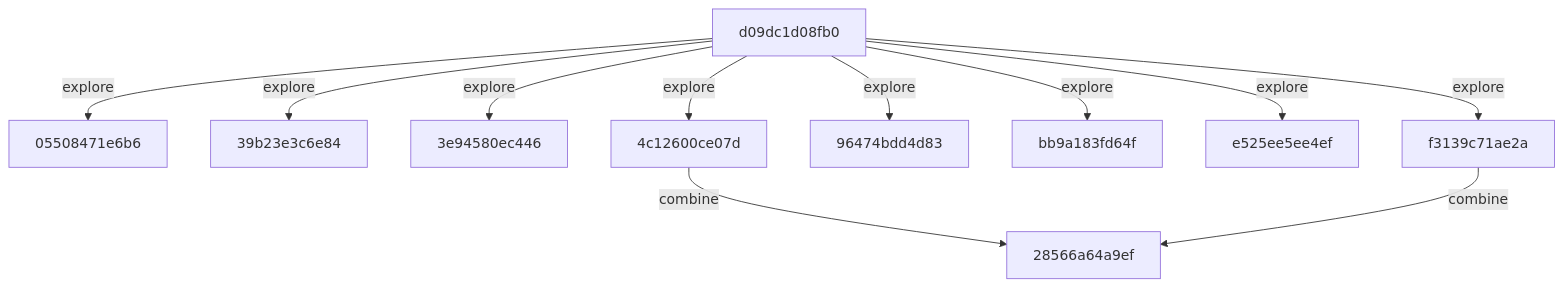
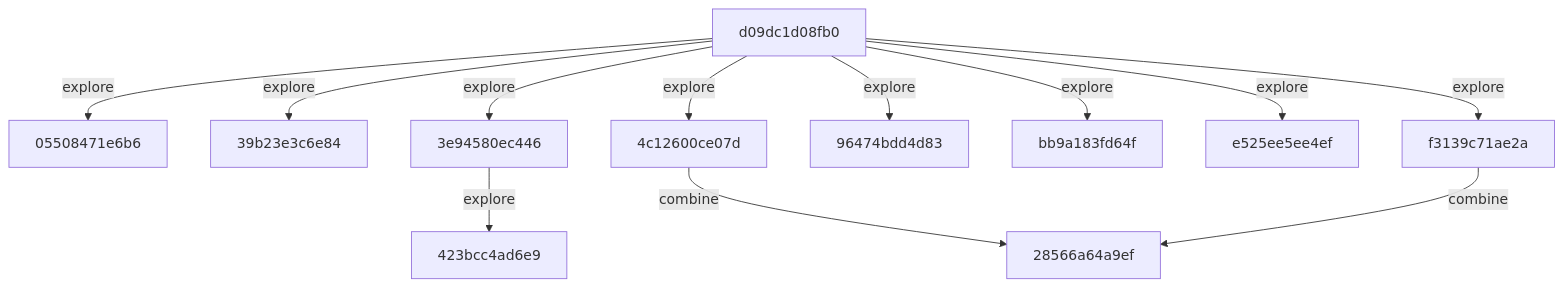
One commit to timbtz/feyer-search-lab changed the diagram in README.md. Above: the diagram before and after it, drawn with Mermaid. The commit also changed other lines of this file and 1 other file, not shown here.

Commit message:
research: timbtz

````diff
--- a/README.md
+++ b/README.md
@@ -23,23 +23,25 @@
 ```mermaid
 graph TD
   c0["05508471e6b6"]
   c1["28566a64a9ef"]
   c2["39b23e3c6e84"]
   c3["3e94580ec446"]
-  c4["4c12600ce07d"]
-  c5["96474bdd4d83"]
-  c6["bb9a183fd64f"]
-  c7["d09dc1d08fb0"]
-  c8["e525ee5ee4ef"]
-  c9["f3139c71ae2a"]
-  c4 -->|combine| c1
-  c7 -->|explore| c0
-  c7 -->|explore| c2
-  c7 -->|explore| c3
-  c7 -->|explore| c4
-  c7 -->|explore| c5
-  c7 -->|explore| c6
-  c7 -->|explore| c8
-  c7 -->|explore| c9
-  c9 -->|combine| c1
+  c4["423bcc4ad6e9"]
+  c5["4c12600ce07d"]
+  c6["96474bdd4d83"]
+  c7["bb9a183fd64f"]
+  c8["d09dc1d08fb0"]
+  c9["e525ee5ee4ef"]
+  c10["f3139c71ae2a"]
+  c3 -->|explore| c4
+  c5 -->|combine| c1
+  c8 -->|explore| c0
+  c8 -->|explore| c2
+  c8 -->|explore| c3
+  c8 -->|explore| c5
+  c8 -->|explore| c6
+  c8 -->|explore| c7
+  c8 -->|explore| c9
+  c8 -->|explore| c10
+  c10 -->|combine| c1
 ```
````
